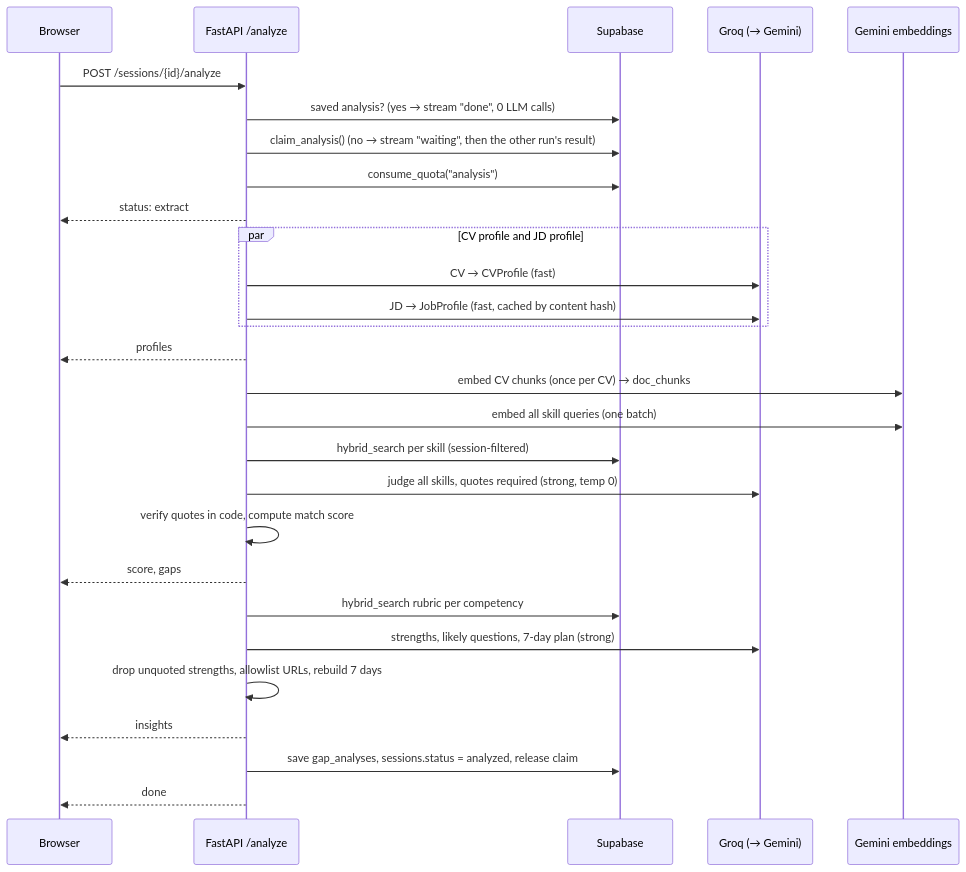
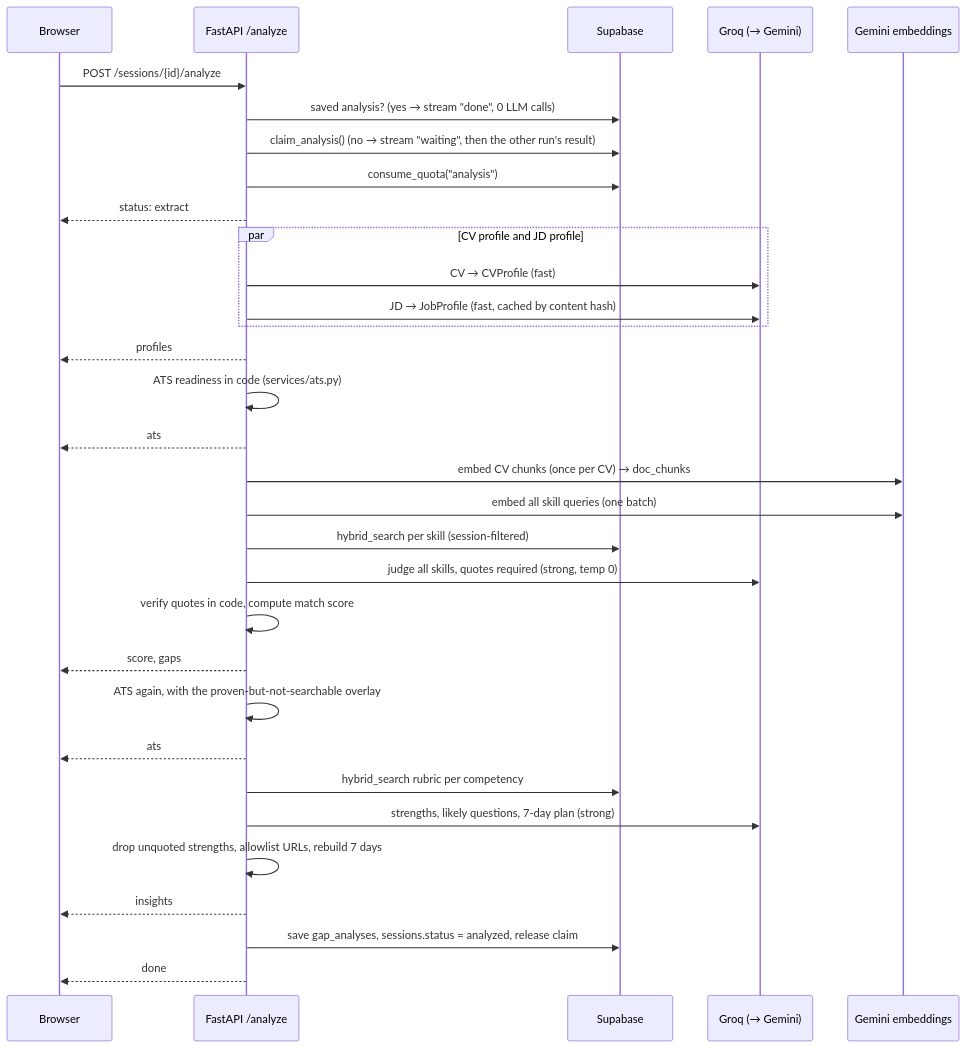
One commit to husnainzahid050-hub/hireready-ai changed the second of 2 diagrams in docs/ARCHITECTURE.md. Above: the diagram before and after it, drawn with Mermaid. The commit also changed other lines of this file and 3 other files, not shown here.

Commit message:
docs: ATS readiness in CHANGELOG, README, ARCHITECTURE and LEARNING

````diff
--- a/docs/ARCHITECTURE.md
+++ b/docs/ARCHITECTURE.md
@@ -80,30 +84,34 @@
 ```mermaid
 sequenceDiagram
     participant B as Browser
     participant A as FastAPI /analyze
     participant DB as Supabase
     participant L as Groq (→ Gemini)
     participant E as Gemini embeddings
     B->>A: POST /sessions/{id}/analyze
     A->>DB: saved analysis? (yes → stream "done", 0 LLM calls)
     A->>DB: claim_analysis() (no → stream "waiting", then the other run's result)
     A->>DB: consume_quota("analysis")
     A-->>B: status: extract
     par CV profile and JD profile
         A->>L: CV → CVProfile (fast)
         A->>L: JD → JobProfile (fast, cached by content hash)
     end
     A-->>B: profiles
+    A->>A: ATS readiness in code (services/ats.py)
+    A-->>B: ats
     A->>E: embed CV chunks (once per CV) → doc_chunks
     A->>E: embed all skill queries (one batch)
     A->>DB: hybrid_search per skill (session-filtered)
     A->>L: judge all skills, quotes required (strong, temp 0)
     A->>A: verify quotes in code, compute match score
     A-->>B: score, gaps
+    A->>A: ATS again, with the proven-but-not-searchable overlay
+    A-->>B: ats
     A->>DB: hybrid_search rubric per competency
     A->>L: strengths, likely questions, 7-day plan (strong)
     A->>A: drop unquoted strengths, allowlist URLs, rebuild 7 days
     A-->>B: insights
     A->>DB: save gap_analyses, sessions.status = analyzed, release claim
     A-->>B: done
 ```
````
